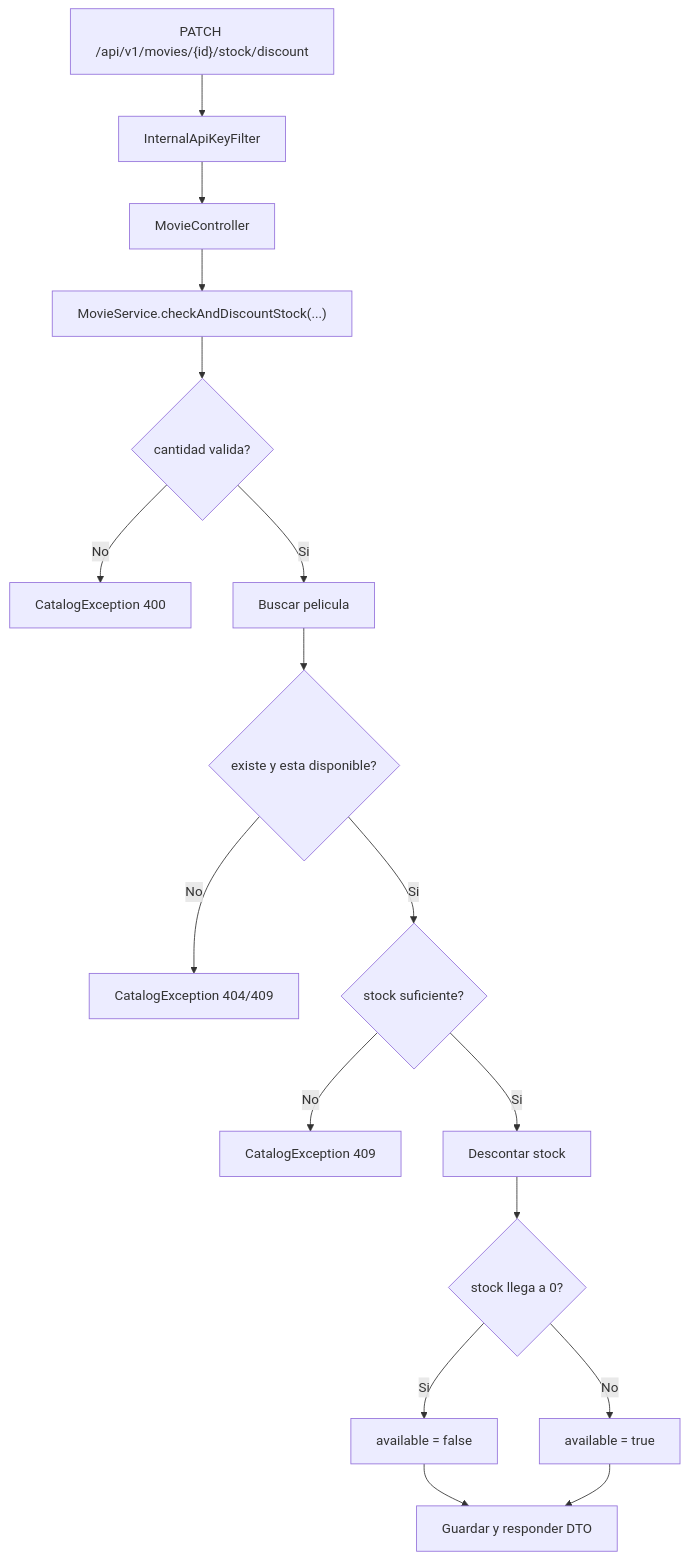
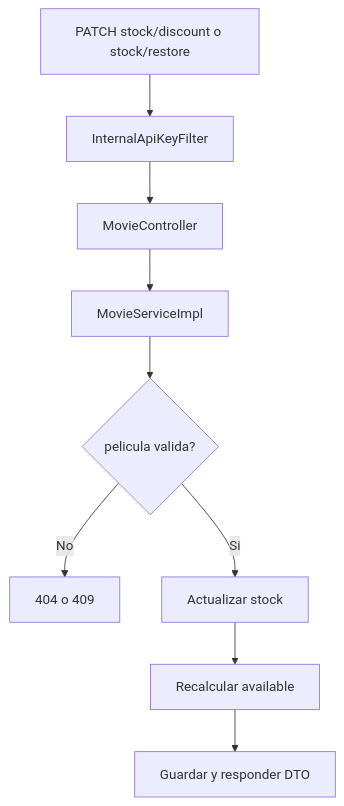
The second of 2 diagrams in catalog/catalog/README.md (Sebastianidm/blockbuster-microservices), drawn with Mermaid before and after one commit. The commit also changed other lines of this file and 5 other files, not shown here.

````diff
--- a/catalog/catalog/README.md
+++ b/catalog/catalog/README.md
@@ -109,19 +123,11 @@
 ```mermaid
 flowchart TD
-    A["PATCH /api/v1/movies/{id}/stock/discount"] --> B["InternalApiKeyFilter"]
+    A["PATCH stock/discount o stock/restore"] --> B["InternalApiKeyFilter"]
     B --> C["MovieController"]
-    C --> D["MovieService.checkAndDiscountStock(...)"]
-    D --> E{"cantidad valida?"}
-    E -- "No" --> F["CatalogException 400"]
-    E -- "Si" --> G["Buscar pelicula"]
-    G --> H{"existe y esta disponible?"}
-    H -- "No" --> I["CatalogException 404/409"]
-    H -- "Si" --> J{"stock suficiente?"}
-    J -- "No" --> K["CatalogException 409"]
-    J -- "Si" --> L["Descontar stock"]
-    L --> M{"stock llega a 0?"}
-    M -- "Si" --> N["available = false"]
-    M -- "No" --> O["available = true"]
-    N --> P["Guardar y responder DTO"]
-    O --> P
+    C --> D["MovieServiceImpl"]
+    D --> E{"pelicula valida?"}
+    E -- "No" --> F["404 o 409"]
+    E -- "Si" --> G["Actualizar stock"]
+    G --> H["Recalcular available"]
+    H --> I["Guardar y responder DTO"]
 ```
````
